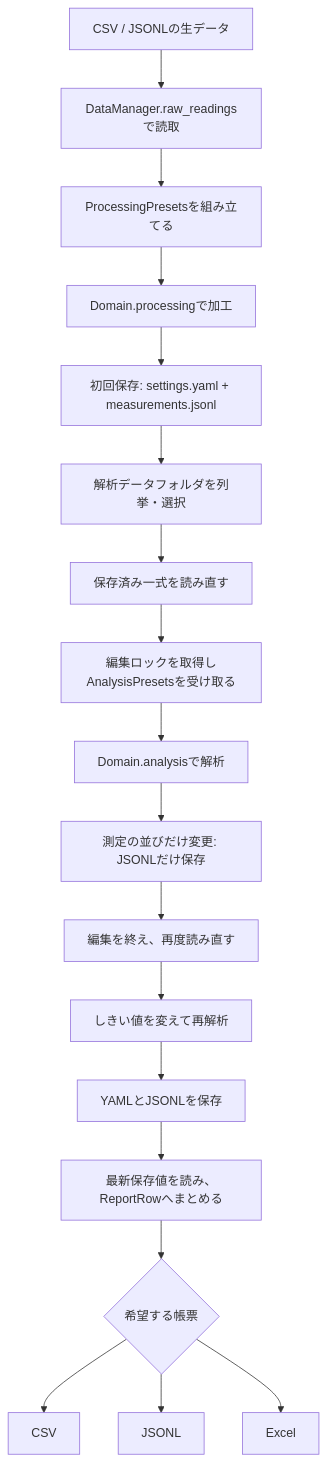
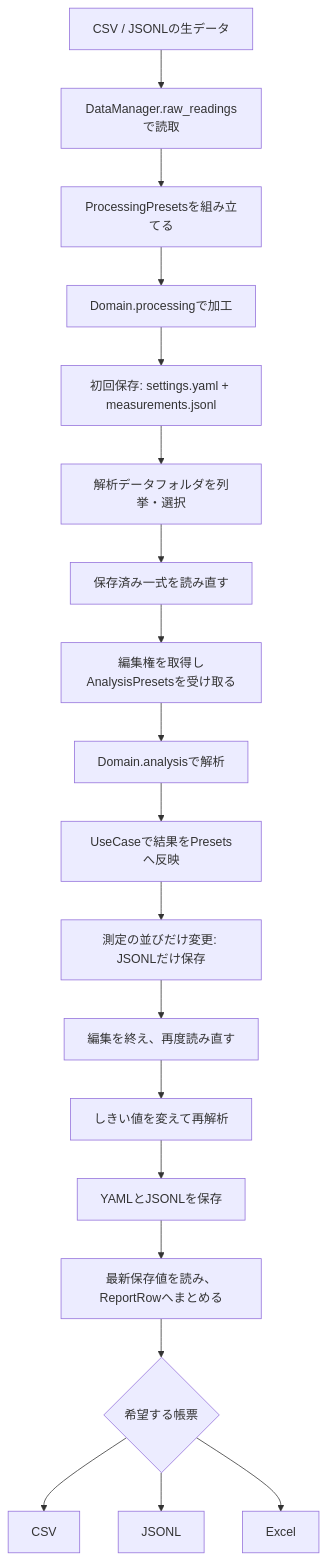
The diagram in docs/WORKFLOW.md (phyu1985/data_manager_layered), drawn with Mermaid before and after one commit. The commit also changed other lines of this file and 89 other files, not shown here.

````diff
--- a/docs/WORKFLOW.md
+++ b/docs/WORKFLOW.md
@@ -5,20 +5,21 @@
 ```mermaid
 flowchart TD
     A[CSV / JSONLの生データ] --> B[DataManager.raw_readingsで読取]
     B --> C[ProcessingPresetsを組み立てる]
     C --> D[Domain.processingで加工]
     D --> E[初回保存: settings.yaml + measurements.jsonl]
     E --> F[解析データフォルダを列挙・選択]
     F --> G[保存済み一式を読み直す]
-    G --> H[編集ロックを取得しAnalysisPresetsを受け取る]
+    G --> H[編集権を取得しAnalysisPresetsを受け取る]
     H --> I[Domain.analysisで解析]
-    I --> J[測定の並びだけ変更: JSONLだけ保存]
+    I --> I2[UseCaseで結果をPresetsへ反映]
+    I2 --> J[測定の並びだけ変更: JSONLだけ保存]
     J --> K[編集を終え、再度読み直す]
     K --> L[しきい値を変えて再解析]
     L --> N[YAMLとJSONLを保存]
     N --> O[最新保存値を読み、ReportRowへまとめる]
     O --> P{希望する帳票}
     P --> Q[CSV]
     P --> R[JSONL]
     P --> S[Excel]
 ```
````
